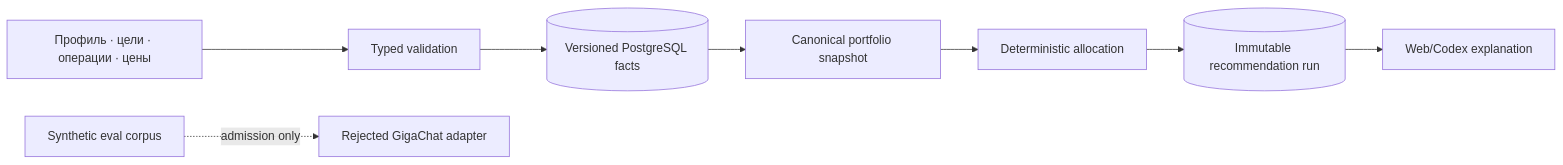
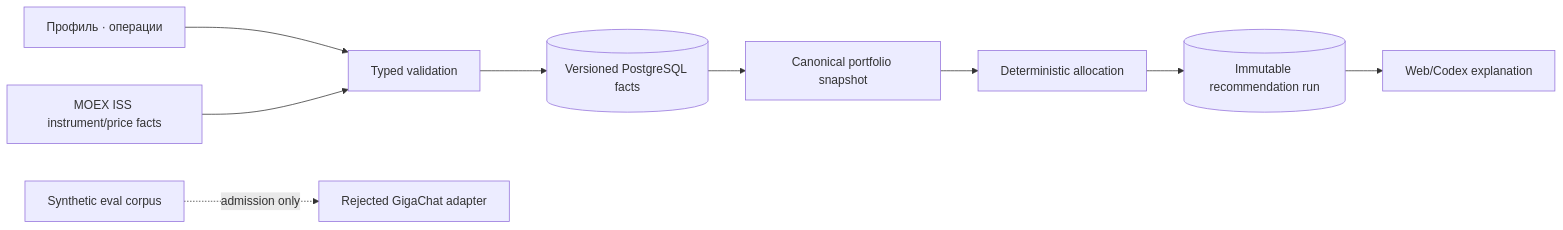
One commit to TBWTK/PatientCapital changed the diagram in docs/DATA.md. Above: the diagram before and after it, drawn with Mermaid. The commit also changed other lines of this file and 38 other files, not shown here.

````diff
--- a/docs/DATA.md
+++ b/docs/DATA.md
@@ -59,10 +60,11 @@
 ```mermaid
 flowchart LR
-  Manual["Профиль · цели · операции · цены"] --> Validate["Typed validation"]
+  Manual["Профиль · операции"] --> Validate["Typed validation"]
+  MOEX["MOEX ISS instrument/price facts"] --> Validate
   Validate --> Ledger[("Versioned PostgreSQL facts")]
   Ledger --> Snapshot["Canonical portfolio snapshot"]
   Snapshot --> Core["Deterministic allocation"]
   Core --> Run[("Immutable recommendation run")]
   Run --> Web["Web/Codex explanation"]
   Corpus["Synthetic eval corpus"] -. admission only .-> Giga["Rejected GigaChat adapter"]
 ```
````
